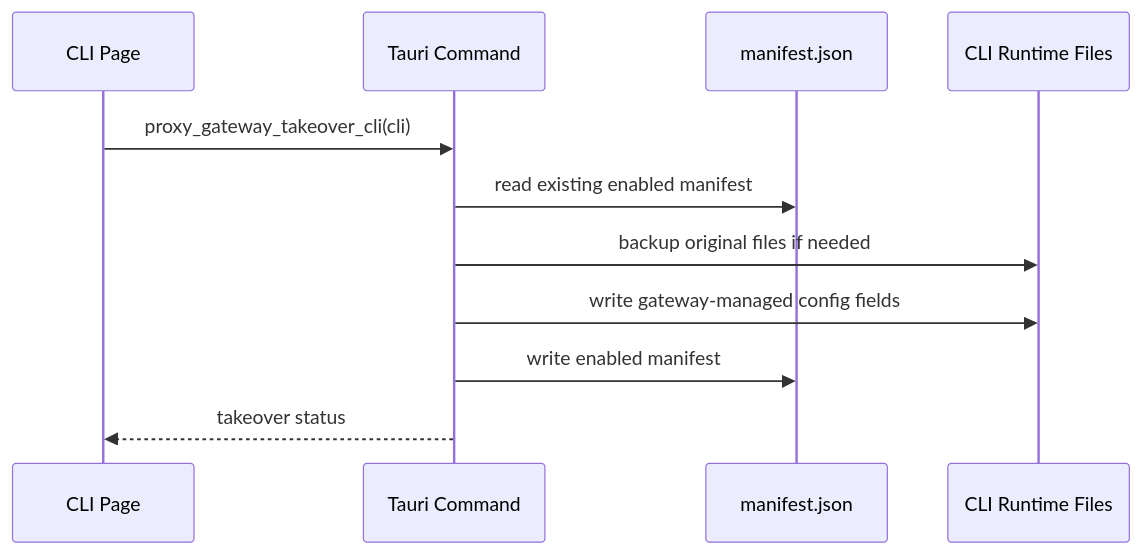
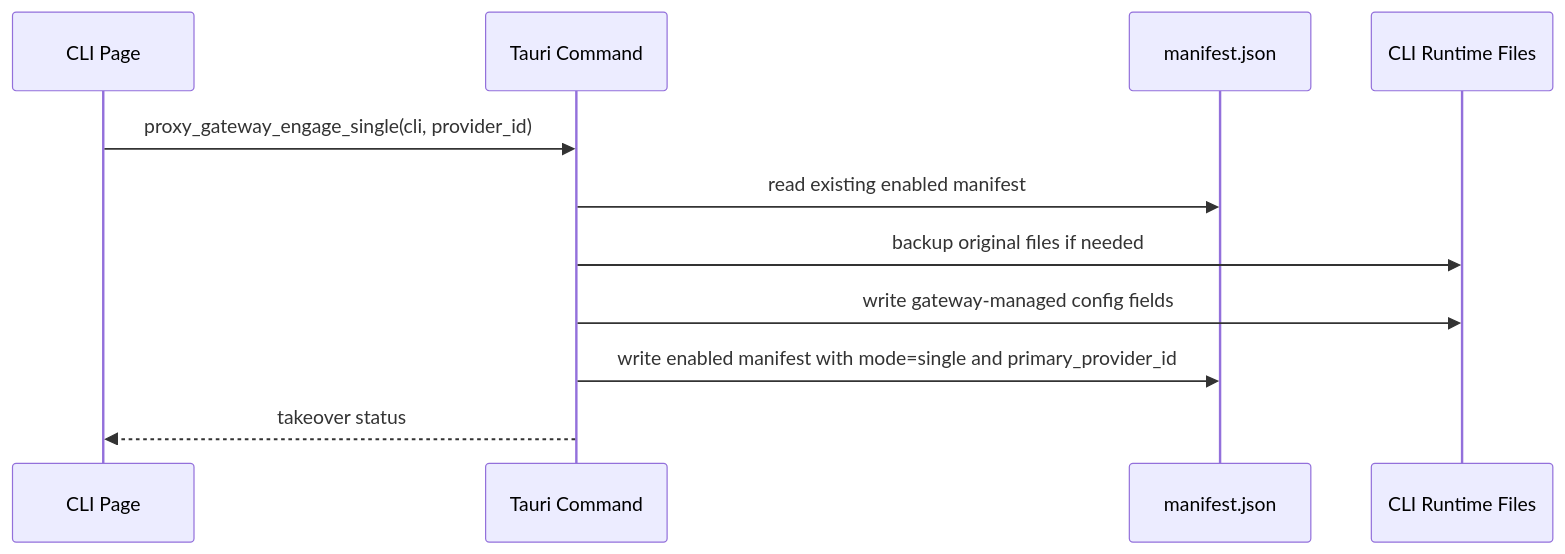
One commit to xue-ding-e/AI-Toolbox-Next changed the first of 2 diagrams in tauri/src/coding/proxy_gateway/AGENTS.md. Above: the diagram before and after it, drawn with Mermaid. The commit also changed other lines of this file and 23 other files, not shown here.

First line of the commit message:
Add gateway proxy failover modes

````diff
--- a/tauri/src/coding/proxy_gateway/AGENTS.md
+++ b/tauri/src/coding/proxy_gateway/AGENTS.md
@@ -30,14 +31,14 @@
 ```mermaid
 sequenceDiagram
   participant UI as CLI Page
   participant Cmd as Tauri Command
   participant Manifest as manifest.json
   participant Runtime as CLI Runtime Files
 
-  UI->>Cmd: proxy_gateway_takeover_cli(cli)
+  UI->>Cmd: proxy_gateway_engage_single(cli, provider_id)
   Cmd->>Manifest: read existing enabled manifest
   Cmd->>Runtime: backup original files if needed
   Cmd->>Runtime: write gateway-managed config fields
-  Cmd->>Manifest: write enabled manifest
+  Cmd->>Manifest: write enabled manifest with mode=single and primary_provider_id
   Cmd-->>UI: takeover status
 ```
````
